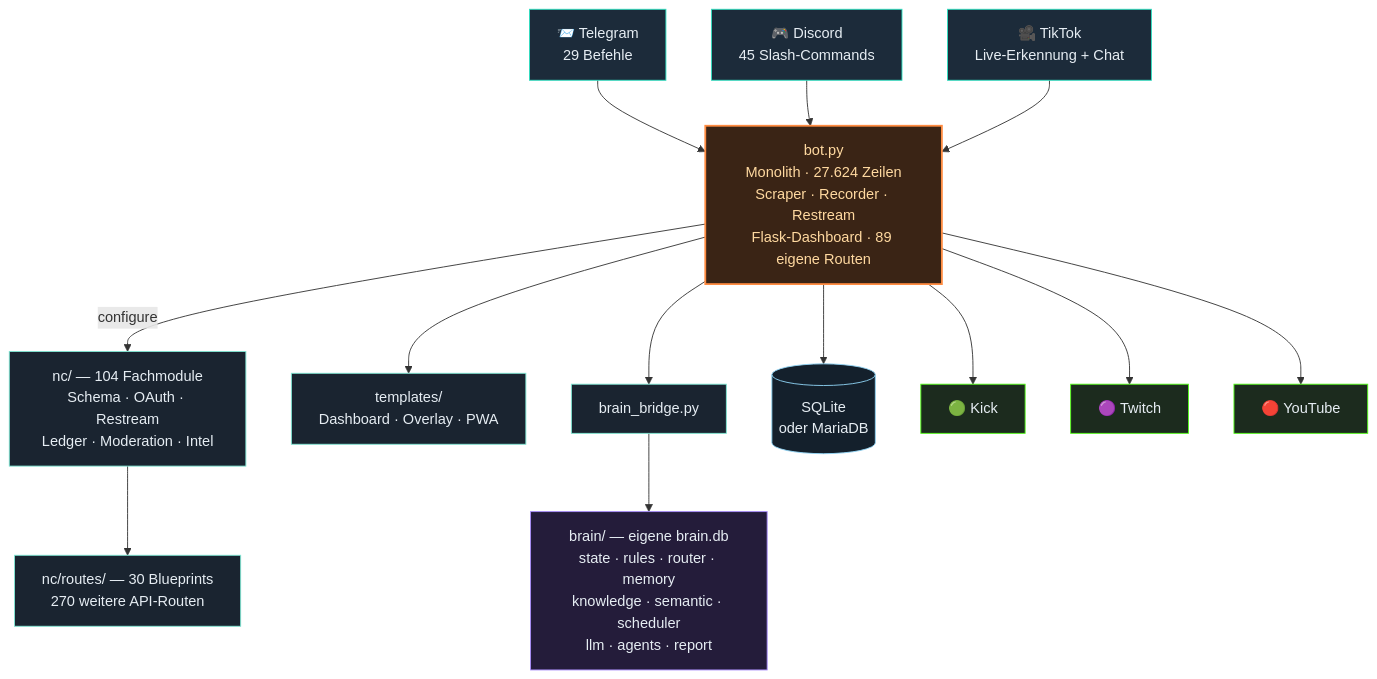
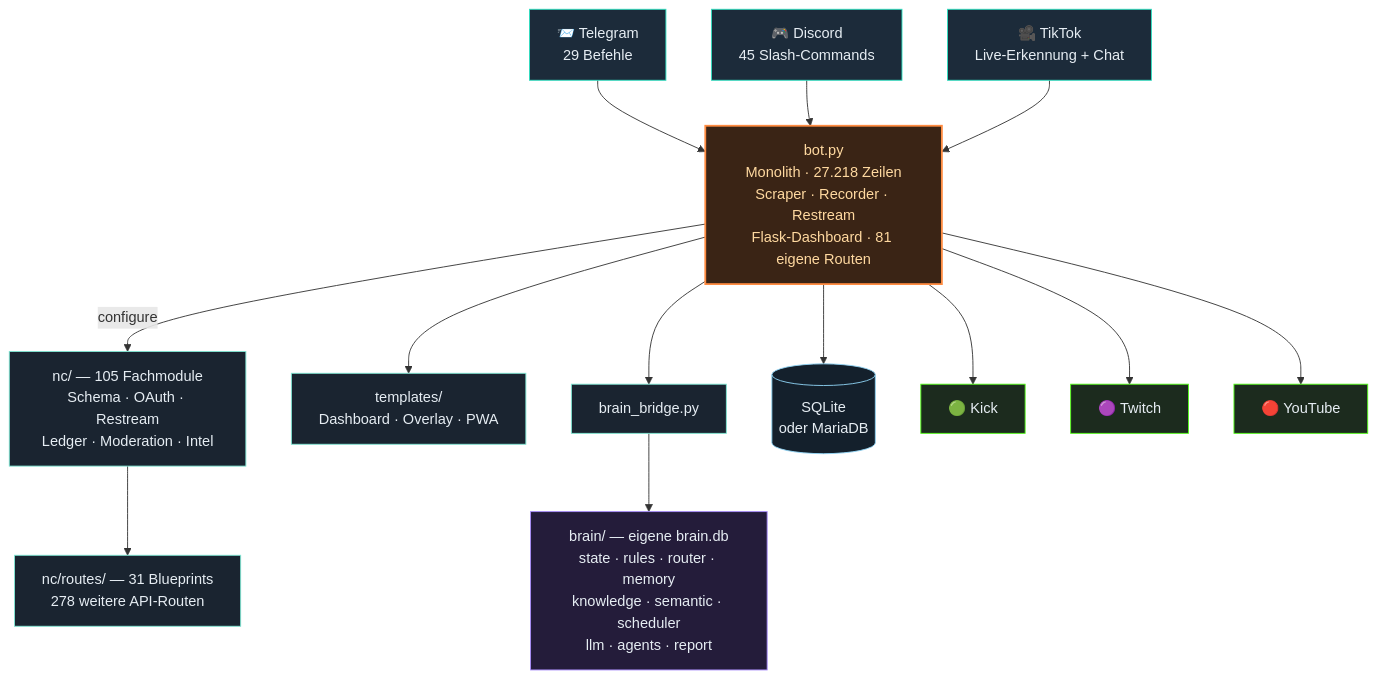
Before and after one commit to itsamemedev/Telegram-Stream-Info-Bot: the third of 4 diagrams in README.md, drawn with Mermaid. The commit also changed other lines of this file and 16 other files, not shown here.

````diff
--- a/README.md
+++ b/README.md
@@ -189,30 +189,30 @@
 ```mermaid
 flowchart TB
     TG["📨 Telegram<br/>29 Befehle"]:::ein
     DC["🎮 Discord<br/>45 Slash-Commands"]:::ein
     TT["🎥 TikTok<br/>Live-Erkennung + Chat"]:::ein
 
     TG --> BOT
     DC --> BOT
     TT --> BOT
 
-    BOT["bot.py<br/>Monolith · 27.624 Zeilen<br/>Scraper · Recorder · Restream<br/>Flask-Dashboard · 89 eigene Routen"]:::core
+    BOT["bot.py<br/>Monolith · 27.218 Zeilen<br/>Scraper · Recorder · Restream<br/>Flask-Dashboard · 81 eigene Routen"]:::core
 
-    BOT -->|configure| NC["nc/ — 104 Fachmodule<br/>Schema · OAuth · Restream<br/>Ledger · Moderation · Intel"]:::lib
-    NC --> RT["nc/routes/ — 30 Blueprints<br/>270 weitere API-Routen"]:::lib
+    BOT -->|configure| NC["nc/ — 105 Fachmodule<br/>Schema · OAuth · Restream<br/>Ledger · Moderation · Intel"]:::lib
+    NC --> RT["nc/routes/ — 31 Blueprints<br/>278 weitere API-Routen"]:::lib
     BOT --> TPL["templates/<br/>Dashboard · Overlay · PWA"]:::lib
     BOT --> BR["brain_bridge.py"]:::lib
     BR --> BRAIN["brain/ — eigene brain.db<br/>state · rules · router · memory<br/>knowledge · semantic · scheduler<br/>llm · agents · report"]:::brain
     BOT --> DB[("SQLite<br/>oder MariaDB")]:::db
 
     BOT --> KICK["🟢 Kick"]:::out
     BOT --> TW["🟣 Twitch"]:::out
     BOT --> YT["🔴 YouTube"]:::out
 
     classDef ein fill:#1c2b3a,stroke:#2de1c2,color:#e6edf3
     classDef core fill:#3a2415,stroke:#ff8c42,stroke-width:2px,color:#ffd9a0
     classDef lib fill:#1a2430,stroke:#7fe7d4,color:#e6edf3
     classDef brain fill:#241c3a,stroke:#a78bfa,color:#e6edf3
     classDef db fill:#14202c,stroke:#8fd3f4,color:#e6edf3
     classDef out fill:#1c2b1e,stroke:#53fc18,color:#e6edf3
 ```
````
